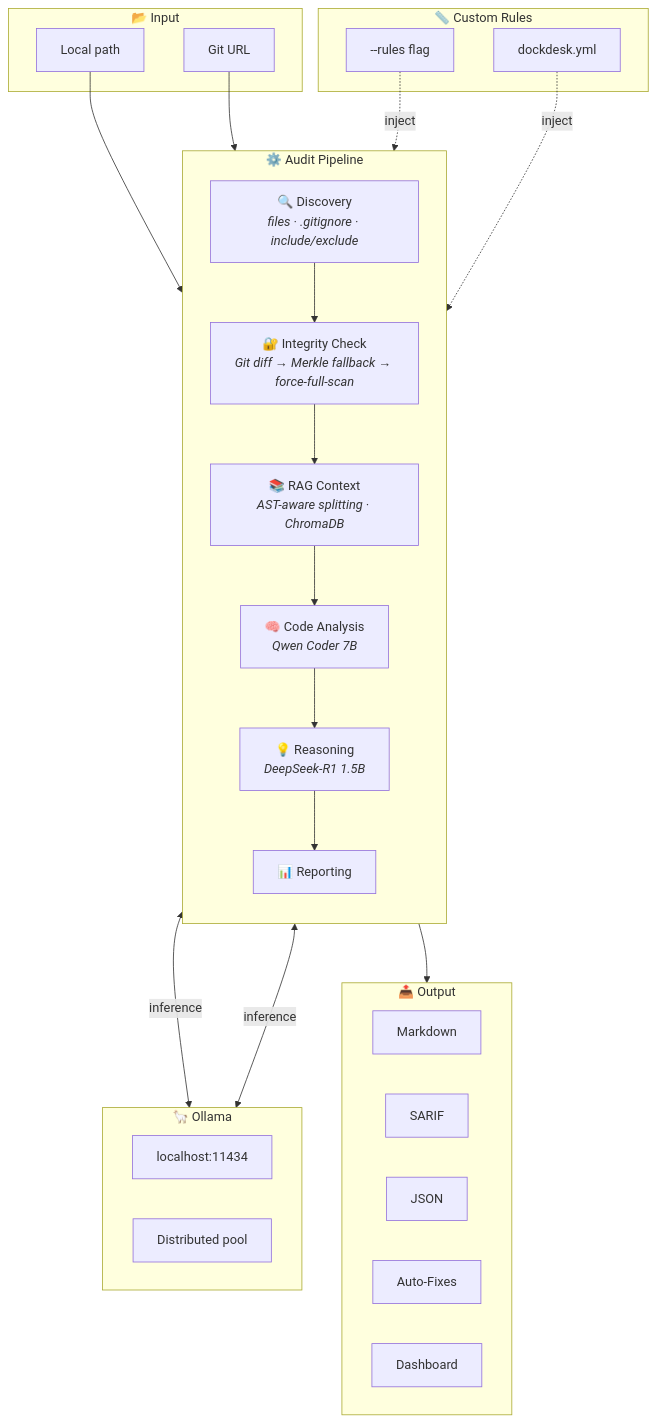
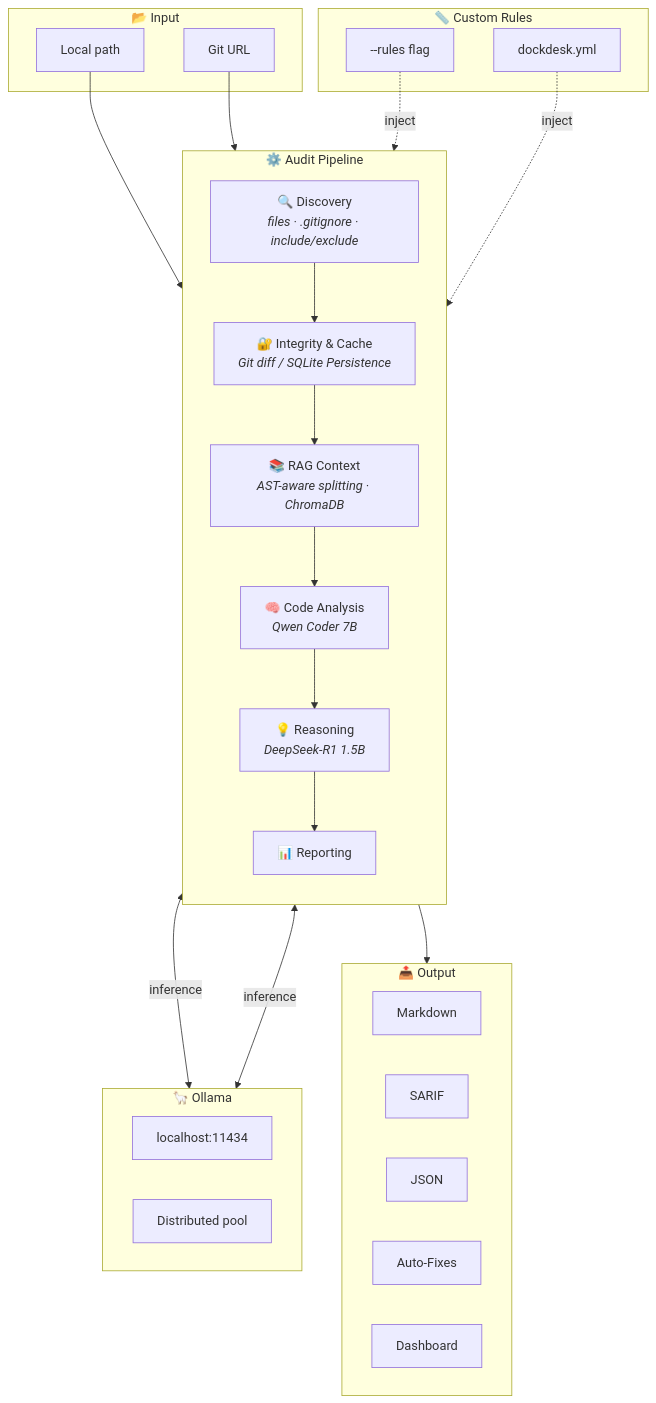
One commit to actions-marketplace-validations/srivatsa-source_dockdesk changed the diagram in SYSTEM_DESIGN.md. Above: the diagram before and after it, drawn with Mermaid. The commit also changed other lines of this file and 2 other files, not shown here.

Commit message:
docs: release v3.3.0 with updated README and architecture diagrams

````diff
--- a/SYSTEM_DESIGN.md
+++ b/SYSTEM_DESIGN.md
@@ -7,41 +7,41 @@
 ```mermaid
 flowchart TD
     subgraph INPUT["📂 Input"]
         LOCAL["Local path"]
         GITURL["Git URL"]
     end
 
     subgraph PIPELINE["⚙️ Audit Pipeline"]
         direction TB
         DISCOVER["🔍 Discovery<br/><i>files · .gitignore · include/exclude</i>"]
-        INTEGRITY["🔐 Integrity Check<br/><i>Git diff → Merkle fallback → force-full-scan</i>"]
+        INTEGRITY["🔐 Integrity & Cache<br/><i>Git diff / SQLite Persistence</i>"]
         RAG["📚 RAG Context<br/><i>AST-aware splitting · ChromaDB</i>"]
         CODE["🧠 Code Analysis<br/><i>Qwen Coder 7B</i>"]
         REASON["💡 Reasoning<br/><i>DeepSeek-R1 1.5B</i>"]
         REPORT["📊 Reporting"]
         DISCOVER --> INTEGRITY --> RAG --> CODE --> REASON --> REPORT
     end
 
     subgraph RULES["📏 Custom Rules"]
         CLI_RULES["--rules flag"]
         CONFIG_RULES["dockdesk.yml"]
     end
 
     subgraph OLLAMA["🦙 Ollama"]
         OL_LOCAL["localhost:11434"]
         OL_POOL["Distributed pool"]
     end
 
     subgraph OUTPUT["📤 Output"]
         MD["Markdown"]
         SARIF["SARIF"]
         JSON["JSON"]
         FIX["Auto-Fixes"]
         DASH["Dashboard"]
     end
 
     LOCAL & GITURL --> DISCOVER
     CLI_RULES & CONFIG_RULES -.->|inject| CODE
     CODE & REASON <-->|inference| OLLAMA
     REPORT --> OUTPUT
 ```
````
